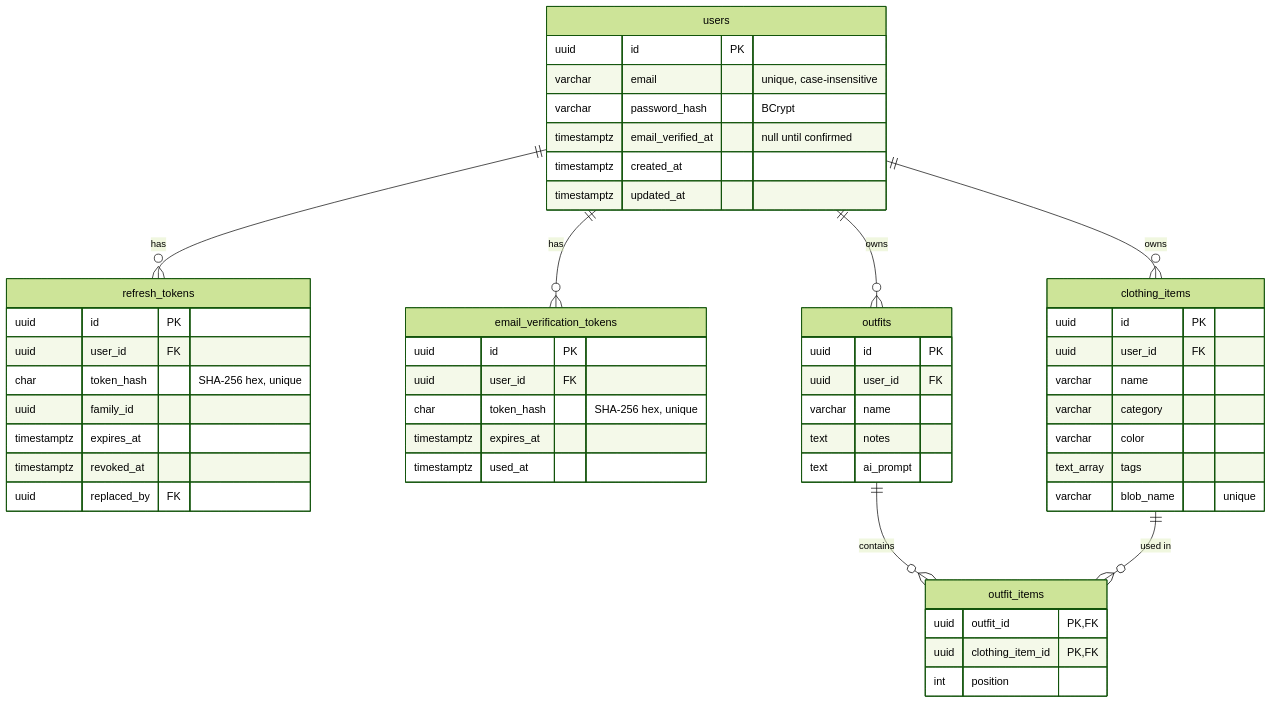
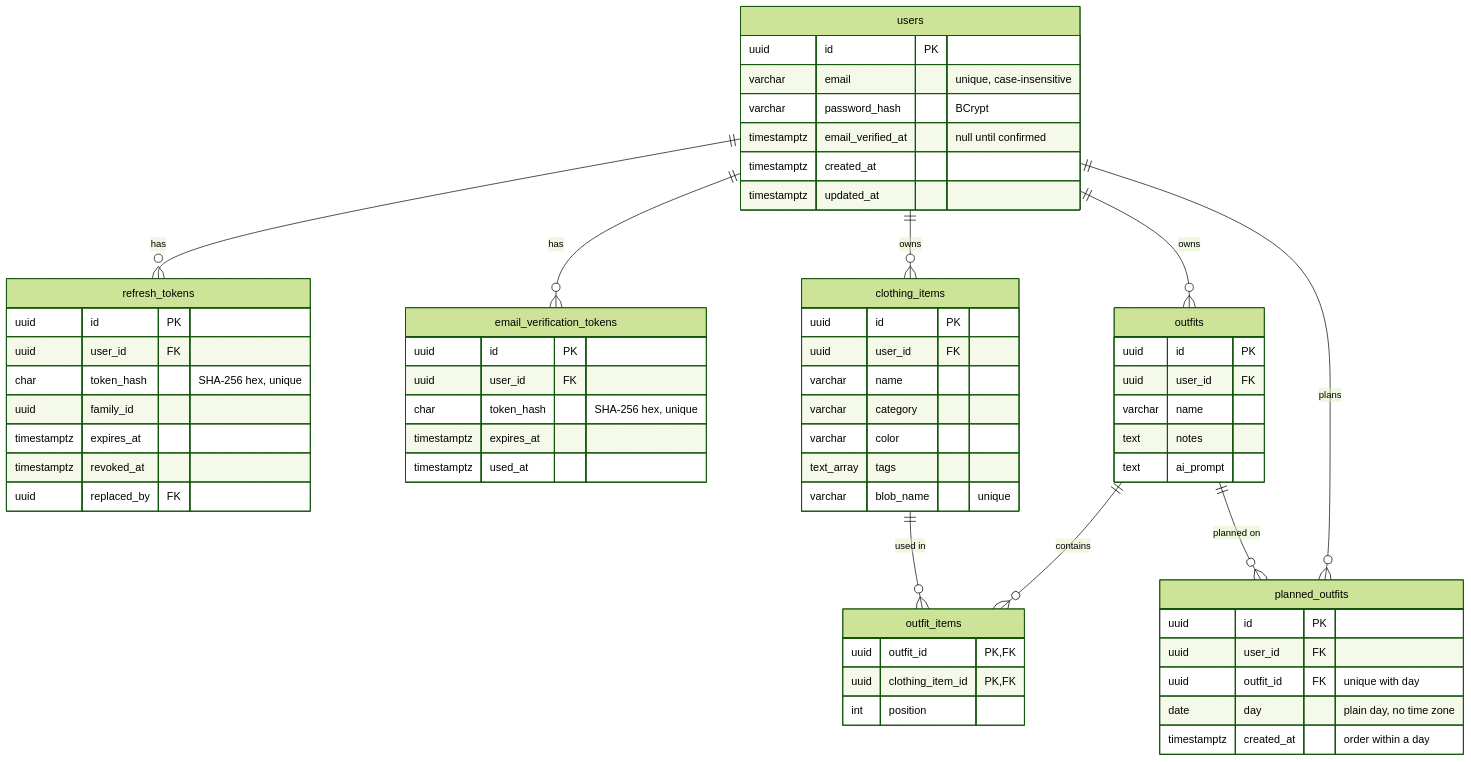
The diagram in docs/DATABASE.md (jessicamorris30/FitCheck), drawn with Mermaid (forest theme) before and after one commit. The commit also changed 9 other files, not shown here.

````diff
--- a/docs/DATABASE.md
+++ b/docs/DATABASE.md
@@ -9,55 +9,64 @@
 ```mermaid
 erDiagram
   users ||--o{ refresh_tokens : has
   users ||--o{ email_verification_tokens : has
   users ||--o{ clothing_items : owns
   users ||--o{ outfits : owns
   outfits ||--o{ outfit_items : contains
   clothing_items ||--o{ outfit_items : "used in"
+  users ||--o{ planned_outfits : plans
+  outfits ||--o{ planned_outfits : "planned on"
 
   users {
     uuid id PK
     varchar email "unique, case-insensitive"
     varchar password_hash "BCrypt"
     timestamptz email_verified_at "null until confirmed"
     timestamptz created_at
     timestamptz updated_at
   }
   refresh_tokens {
     uuid id PK
     uuid user_id FK
     char token_hash "SHA-256 hex, unique"
     uuid family_id
     timestamptz expires_at
     timestamptz revoked_at
     uuid replaced_by FK
   }
   email_verification_tokens {
     uuid id PK
     uuid user_id FK
     char token_hash "SHA-256 hex, unique"
     timestamptz expires_at
     timestamptz used_at
   }
   clothing_items {
     uuid id PK
     uuid user_id FK
     varchar name
     varchar category
     varchar color
     text_array tags
     varchar blob_name "unique"
   }
   outfits {
     uuid id PK
     uuid user_id FK
     varchar name
     text notes
     text ai_prompt
   }
   outfit_items {
     uuid outfit_id PK,FK
     uuid clothing_item_id PK,FK
     int position
   }
+  planned_outfits {
+    uuid id PK
+    uuid user_id FK
+    uuid outfit_id FK "unique with day"
+    date day "plain day, no time zone"
+    timestamptz created_at "order within a day"
+  }
 ```
````
